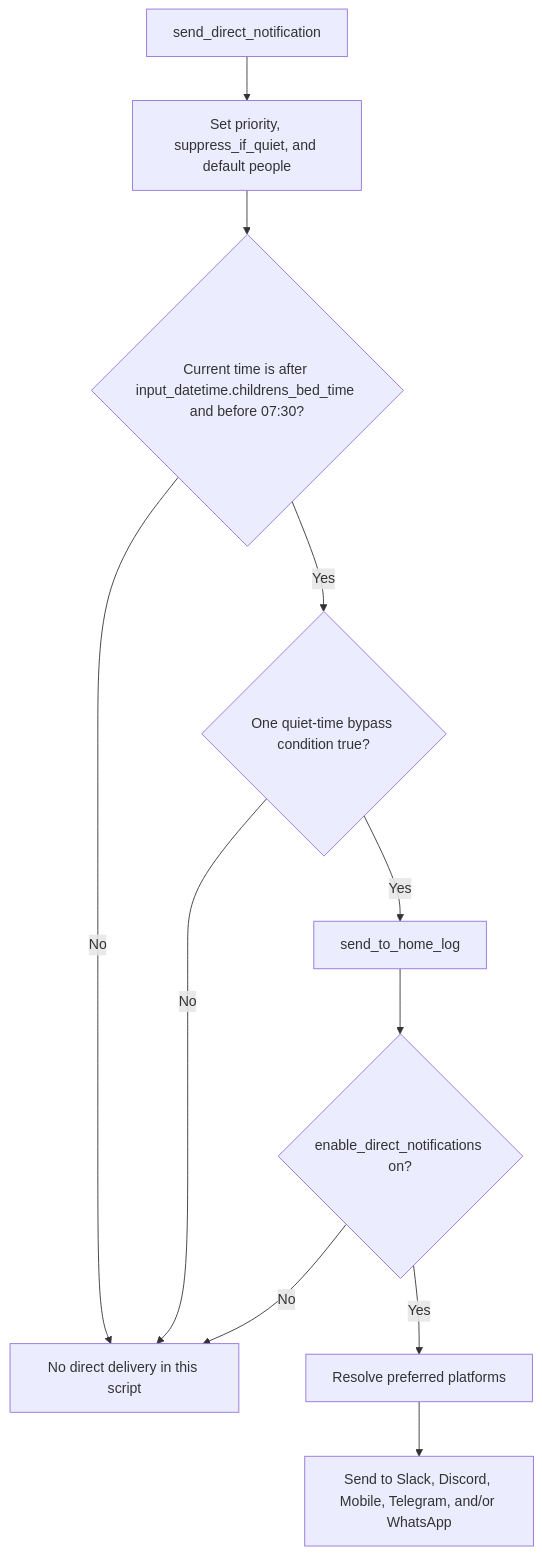
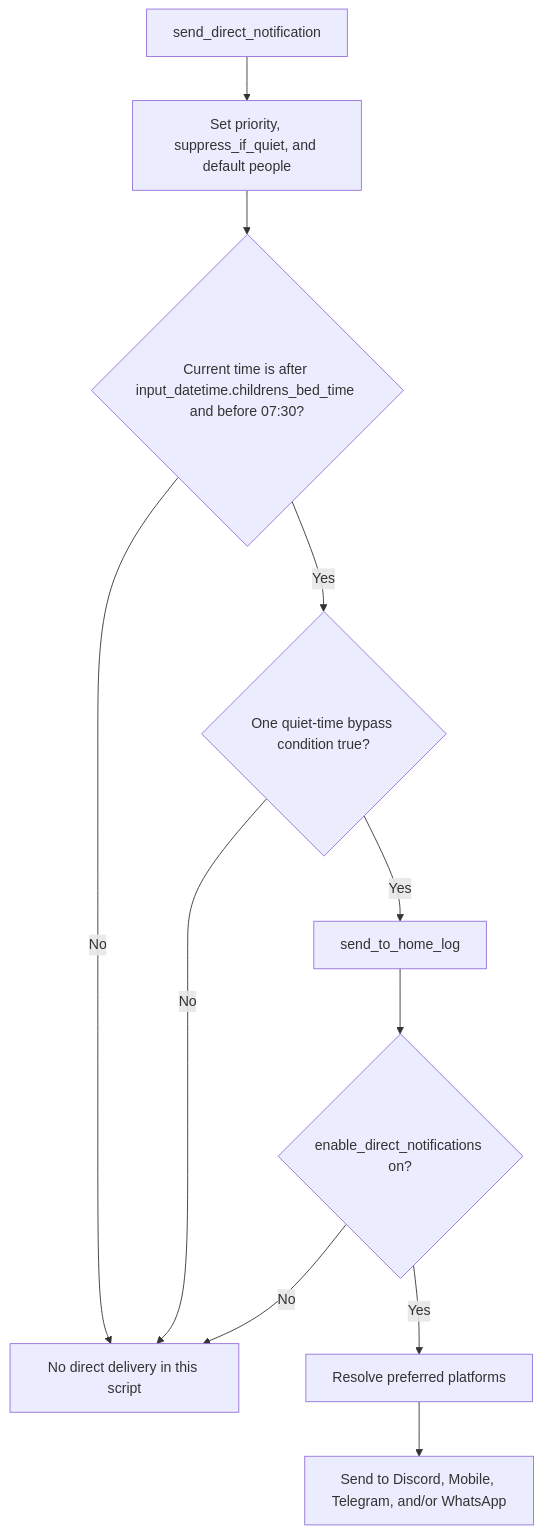
The fourth of 5 diagrams in packages/integrations/messaging/README.md (dannytsang/homeassistant-config), drawn with Mermaid before and after one commit. The commit also changed other lines of this file and 2 other files, not shown here.

Commit message:
Removed Slack integration.

````diff
--- a/packages/integrations/messaging/README.md
+++ b/packages/integrations/messaging/README.md
@@ -228,13 +209,13 @@
 ```mermaid
 flowchart TD
     Call[send_direct_notification] --> Defaults[Set priority, suppress_if_quiet, and default people]
     Defaults --> Bedtime{Current time is after input_datetime.childrens_bed_time and before 07:30?}
     Bedtime -->|No| Stop[No direct delivery in this script]
     Bedtime -->|Yes| Allow{One quiet-time bypass condition true?}
     Allow -->|No| Stop
     Allow -->|Yes| Log[send_to_home_log]
     Log --> Enabled{enable_direct_notifications on?}
     Enabled -->|No| Stop
     Enabled -->|Yes| Resolve[Resolve preferred platforms]
-    Resolve --> Send[Send to Slack, Discord, Mobile, Telegram, and/or WhatsApp]
+    Resolve --> Send[Send to Discord, Mobile, Telegram, and/or WhatsApp]
 ```
````
